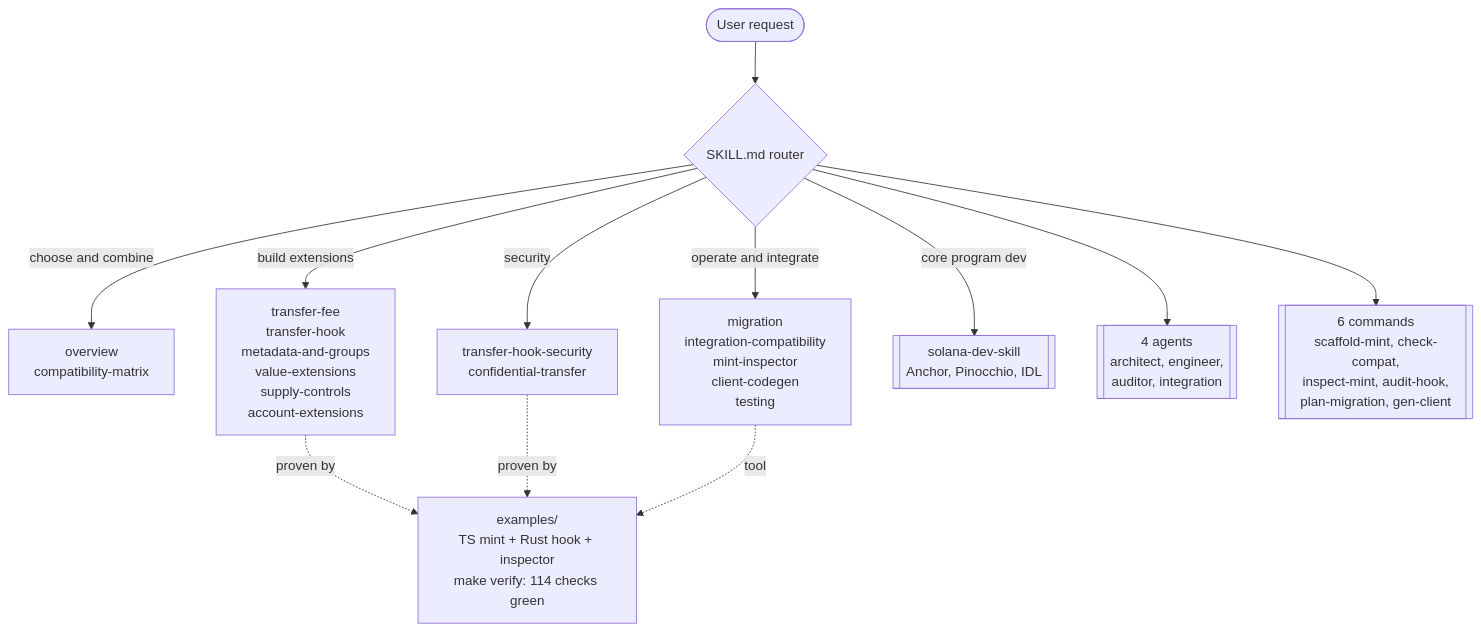
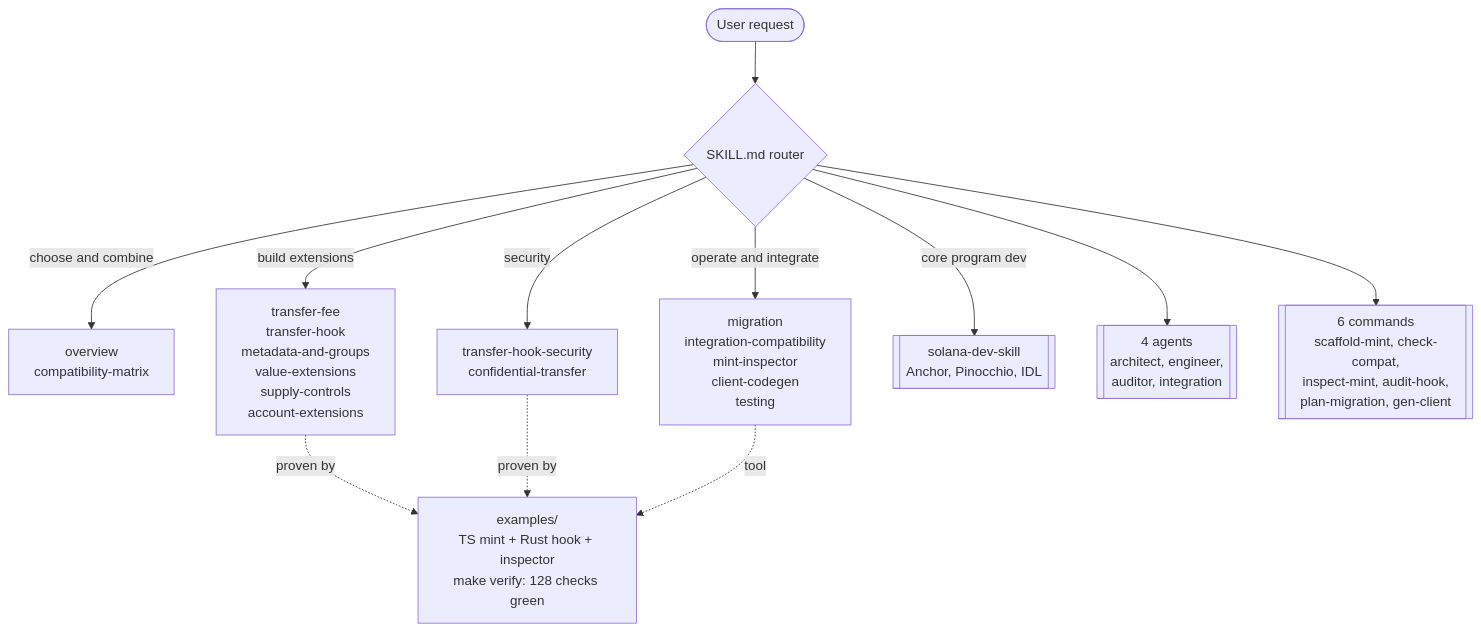
The second of 2 diagrams in README.md (Andy00L/solana-token-extensions-skill), drawn with Mermaid before and after one commit. The commit also changed other lines of this file and 25 other files, not shown here.

First line of the commit message:
Add second-hop hook-program analysis and expand the real-mint benchmark

````diff
--- a/README.md
+++ b/README.md
@@ -47,14 +47,14 @@
 ```mermaid
 flowchart TD
     U([User request]) --> R{SKILL.md router}
     R -->|choose and combine| C["overview<br/>compatibility-matrix"]
     R -->|build extensions| B["transfer-fee<br/>transfer-hook<br/>metadata-and-groups<br/>value-extensions<br/>supply-controls<br/>account-extensions"]
     R -->|operate and integrate| O["migration<br/>integration-compatibility<br/>mint-inspector<br/>client-codegen<br/>testing"]
     R -->|security| S["transfer-hook-security<br/>confidential-transfer"]
     R -->|core program dev| CORE[["solana-dev-skill<br/>Anchor, Pinocchio, IDL"]]
     R --> AG[["4 agents<br/>architect, engineer,<br/>auditor, integration"]]
     R --> CMD[["6 commands<br/>scaffold-mint, check-compat,<br/>inspect-mint, audit-hook,<br/>plan-migration, gen-client"]]
-    B -.proven by.-> EX["examples/<br/>TS mint + Rust hook + inspector<br/>make verify: 114 checks green"]
+    B -.proven by.-> EX["examples/<br/>TS mint + Rust hook + inspector<br/>make verify: 128 checks green"]
     S -.proven by.-> EX
     O -.tool.-> EX
 ```
````
